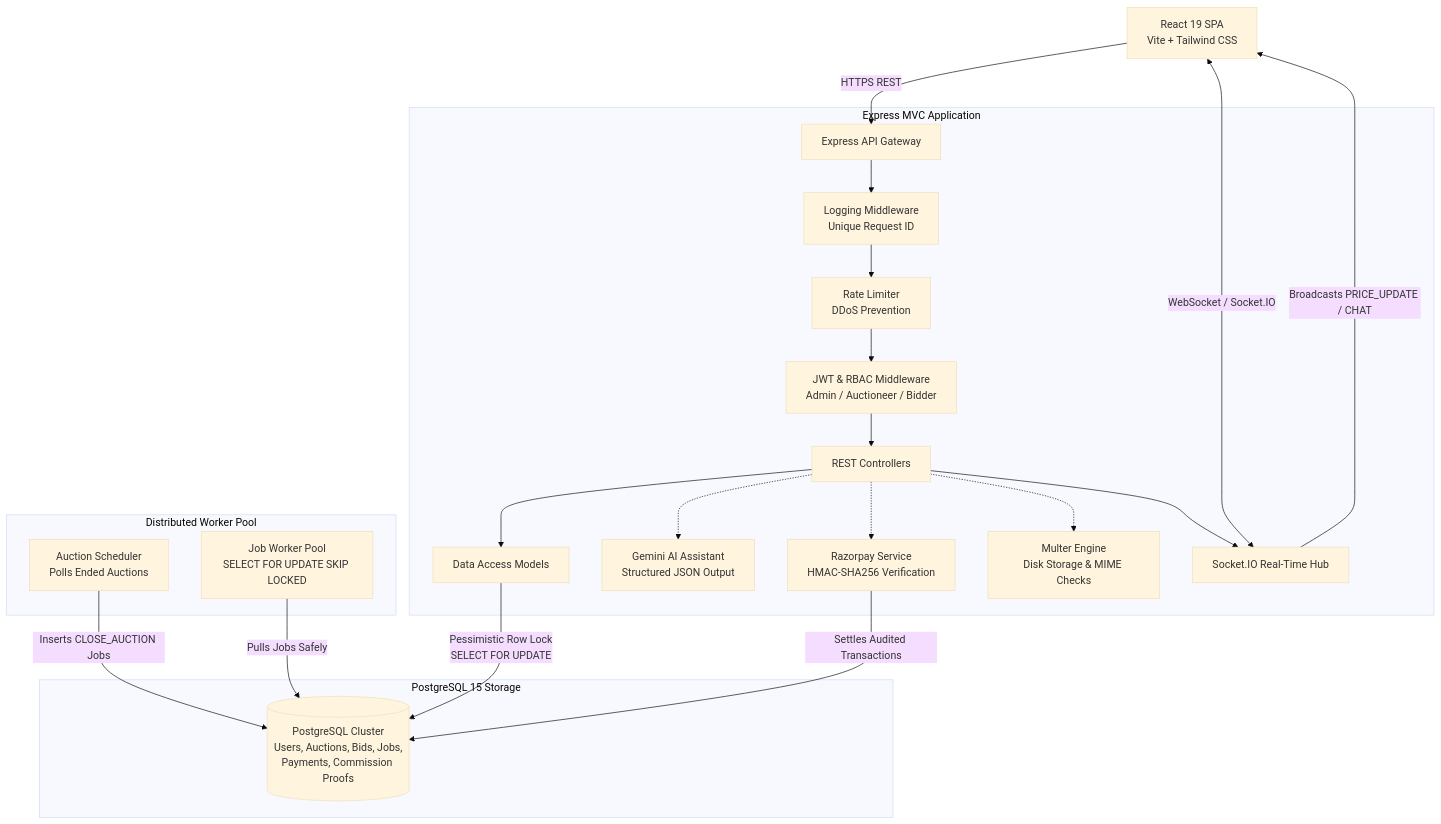
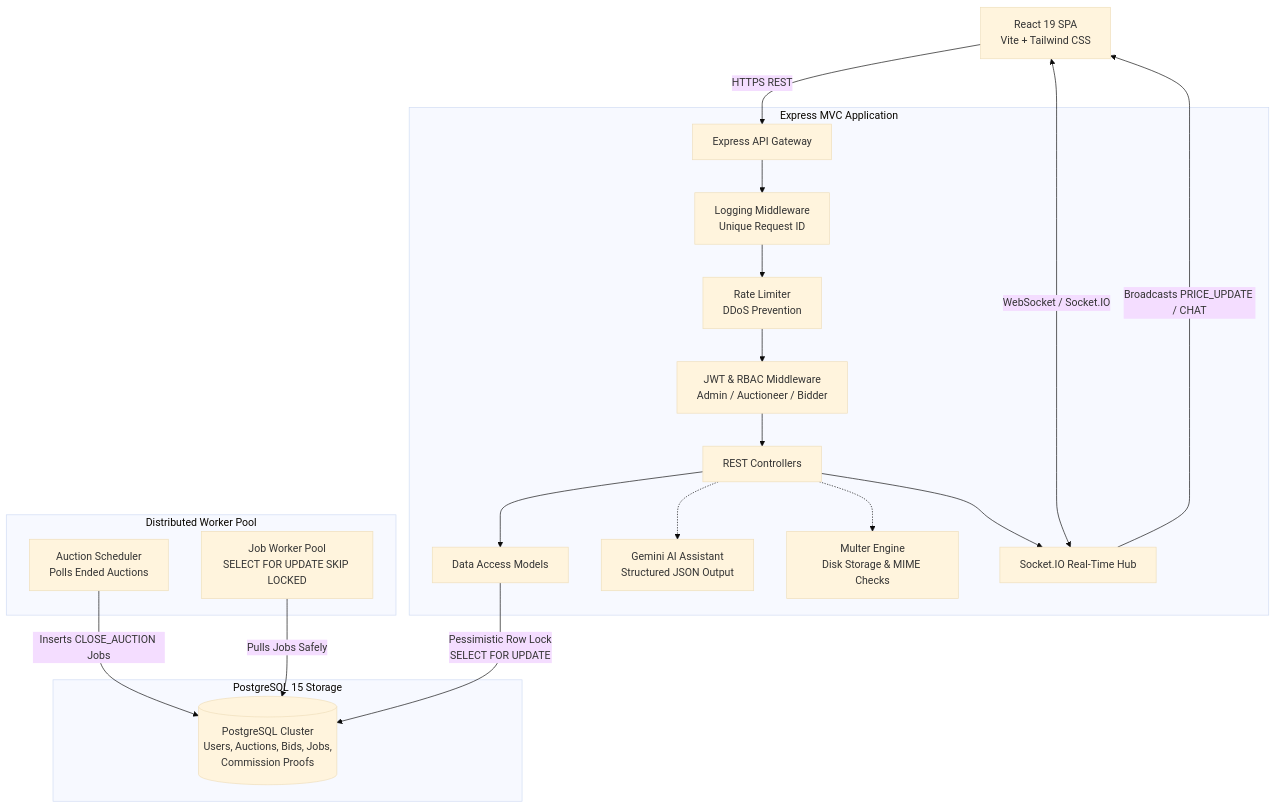
The diagram in README.md (23abhishek2024/auctionloom), drawn with Mermaid (base theme) before and after one commit. The commit also changed other lines of this file and 23 other files, not shown here.

````diff
--- a/README.md
+++ b/README.md
@@ -29,38 +29,36 @@
 ```mermaid
 graph TD
     %% Client Layer
     Clients[React 19 SPA<br/>Vite + Tailwind CSS] -->|HTTPS REST| API[Express API Gateway]
     Clients <-->|WebSocket / Socket.IO| Sockets[Socket.IO Real-Time Hub]
 
     %% Middleware Layer
     subgraph Express MVC Application
         API --> Logger[Logging Middleware<br/>Unique Request ID]
         Logger --> RateLimiter[Rate Limiter<br/>DDoS Prevention]
         RateLimiter --> Auth[JWT & RBAC Middleware<br/>Admin / Auctioneer / Bidder]
         Auth --> Controllers[REST Controllers]
         
         Controllers --> Models[Data Access Models]
         Controllers -.-> AIService[Gemini AI Assistant<br/>Structured JSON Output]
-        Controllers -.-> RazorpayService[Razorpay Service<br/>HMAC-SHA256 Verification]
         Controllers -.-> MulterPipeline[Multer Engine<br/>Disk Storage & MIME Checks]
         Controllers --> Sockets
     end
 
     %% Background Workers
     subgraph Distributed Worker Pool
         Scheduler[Auction Scheduler<br/>Polls Ended Auctions]
         JobWorker[Job Worker Pool<br/>SELECT FOR UPDATE SKIP LOCKED]
     end
 
     %% Database Layer
     subgraph PostgreSQL 15 Storage
-        DB[(PostgreSQL Cluster<br/>Users, Auctions, Bids, Jobs,<br/>Payments, Commission Proofs)]
+        DB[(PostgreSQL Cluster<br/>Users, Auctions, Bids, Jobs,<br/>Commission Proofs)]
     end
 
     %% Data Connections
     Models -->|Pessimistic Row Lock<br/>SELECT FOR UPDATE| DB
     Scheduler -->|Inserts CLOSE_AUCTION Jobs| DB
     JobWorker -->|Pulls Jobs Safely| DB
     Sockets -->|Broadcasts PRICE_UPDATE / CHAT| Clients
-    RazorpayService -->|Settles Audited Transactions| DB
 ```
````
